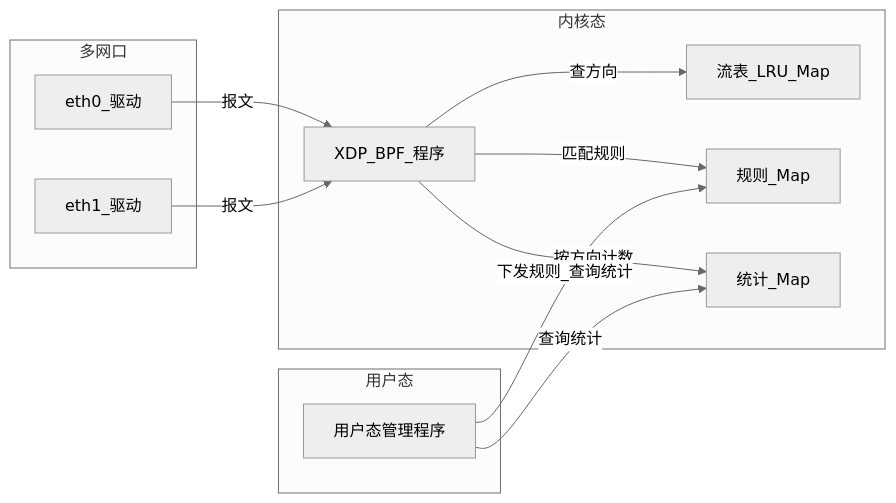
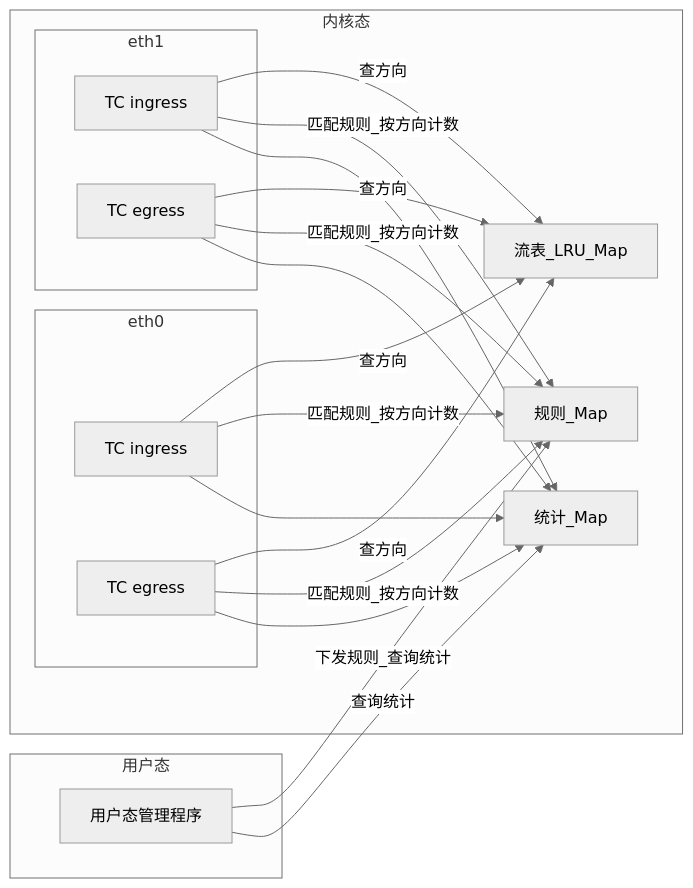
One commit to echoechoin/TrafficMeter-tc changed the diagram in traffic_meter.md. Above: the diagram before and after it, drawn with Mermaid (neutral theme). The commit also changed other lines of this file and 8 other files, not shown here.

First line of the commit message:
refactor: migrate data plane from XDP to TC BPF for bidirectional traffic

````diff
--- a/traffic_meter.md
+++ b/traffic_meter.md
@@ -31,23 +30,27 @@
 ```mermaid
 flowchart LR
   subgraph userspace [用户态]
     CLI[用户态管理程序]
   end
   subgraph kernel [内核态]
-    XDP[XDP_BPF_程序]
+    subgraph tc_eth0 [eth0]
+      TC_IN0[TC ingress]
+      TC_EG0[TC egress]
+    end
+    subgraph tc_eth1 [eth1]
+      TC_IN1[TC ingress]
+      TC_EG1[TC egress]
+    end
     FlowTable[流表_LRU_Map]
     RulesMap[规则_Map]
     StatsMap[统计_Map]
   end
-  subgraph nics [多网口]
-    D0[eth0_驱动]
-    D1[eth1_驱动]
-  end
-  D0 -->|报文| XDP
-  D1 -->|报文| XDP
-  XDP -->|查方向| FlowTable
-  XDP -->|匹配规则| RulesMap
-  XDP -->|按方向计数| StatsMap
+  TC_IN0 & TC_IN1 -->|查方向| FlowTable
+  TC_EG0 & TC_EG1 -->|查方向| FlowTable
+  TC_IN0 & TC_IN1 -->|匹配规则_按方向计数| RulesMap
+  TC_EG0 & TC_EG1 -->|匹配规则_按方向计数| RulesMap
+  TC_IN0 & TC_IN1 --> StatsMap
+  TC_EG0 & TC_EG1 --> StatsMap
   CLI -->|下发规则_查询统计| RulesMap
   CLI -->|查询统计| StatsMap
 ```
````
